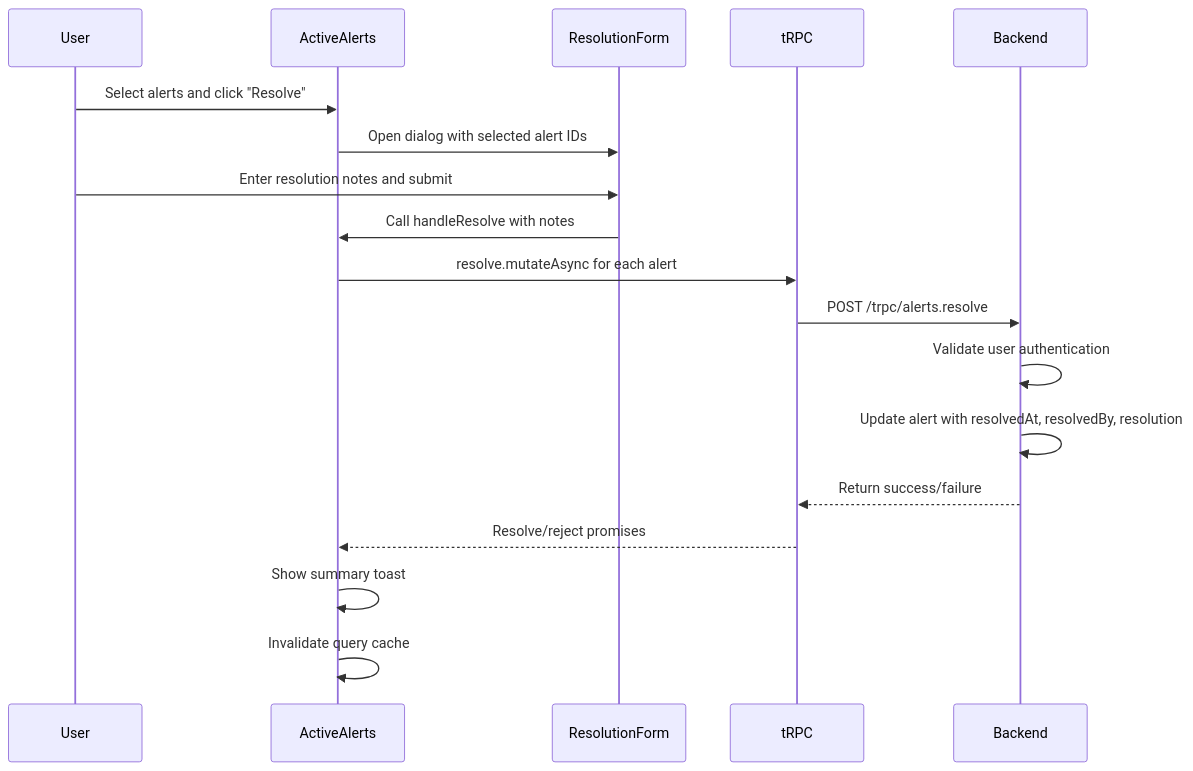
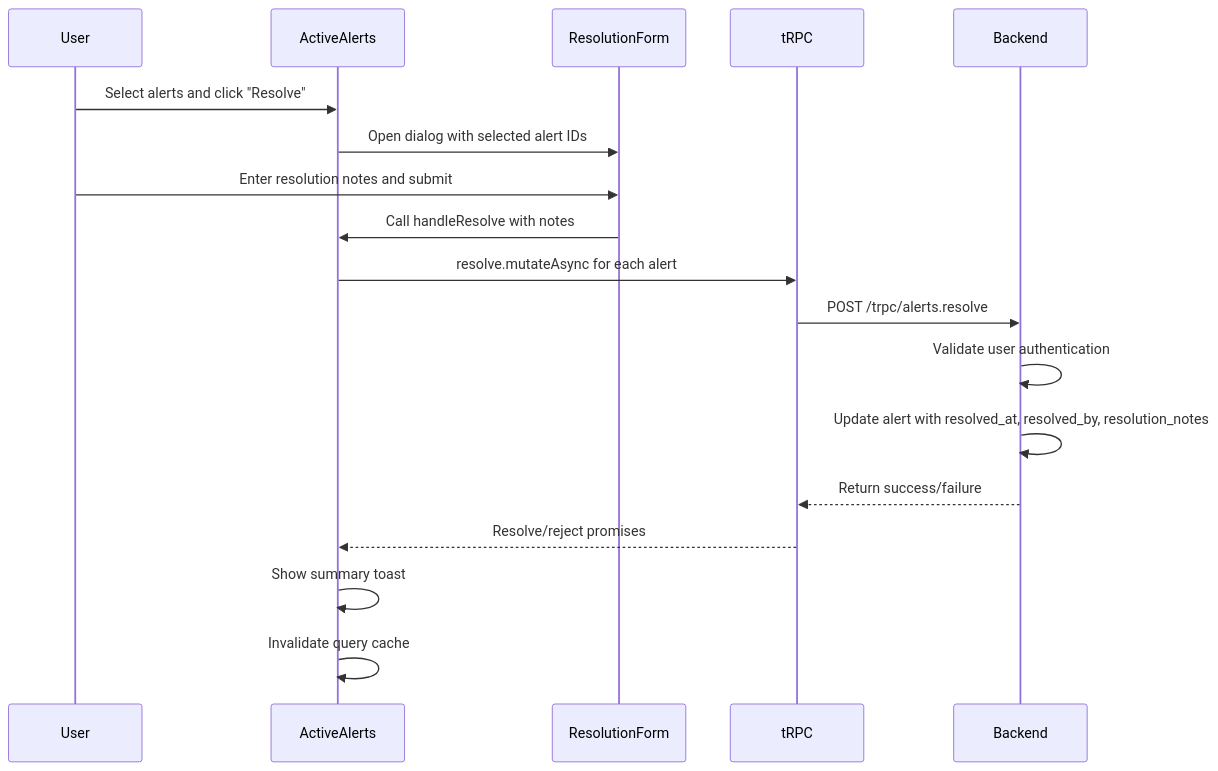
Before and after one commit to smedrec/smart-logs: the fourth of 6 diagrams in .qoder/repowiki/en/content/Web Application/Alert Management/Resolved Alerts Management.md, drawn with Mermaid. The commit also changed other lines of this file and 24 other files, not shown here.

````diff
--- a/.qoder/repowiki/en/content/Web Application/Alert Management/Resolved Alerts Management.md
+++ b/.qoder/repowiki/en/content/Web Application/Alert Management/Resolved Alerts Management.md
@@ -160,20 +174,20 @@
 ```mermaid
 sequenceDiagram
 participant User
 participant ActiveAlerts
 participant ResolutionForm
 participant tRPC
 participant Backend
 User->>ActiveAlerts : Select alerts and click "Resolve"
 ActiveAlerts->>ResolutionForm : Open dialog with selected alert IDs
 User->>ResolutionForm : Enter resolution notes and submit
 ResolutionForm->>ActiveAlerts : Call handleResolve with notes
 ActiveAlerts->>tRPC : resolve.mutateAsync for each alert
 tRPC->>Backend : POST /trpc/alerts.resolve
 Backend->>Backend : Validate user authentication
-Backend->>Backend : Update alert with resolvedAt, resolvedBy, resolution
+Backend->>Backend : Update alert with resolved_at, resolved_by, resolution_notes
 Backend-->>tRPC : Return success/failure
 tRPC-->>ActiveAlerts : Resolve/reject promises
 ActiveAlerts->>ActiveAlerts : Show summary toast
 ActiveAlerts->>ActiveAlerts : Invalidate query cache
 ```
````
